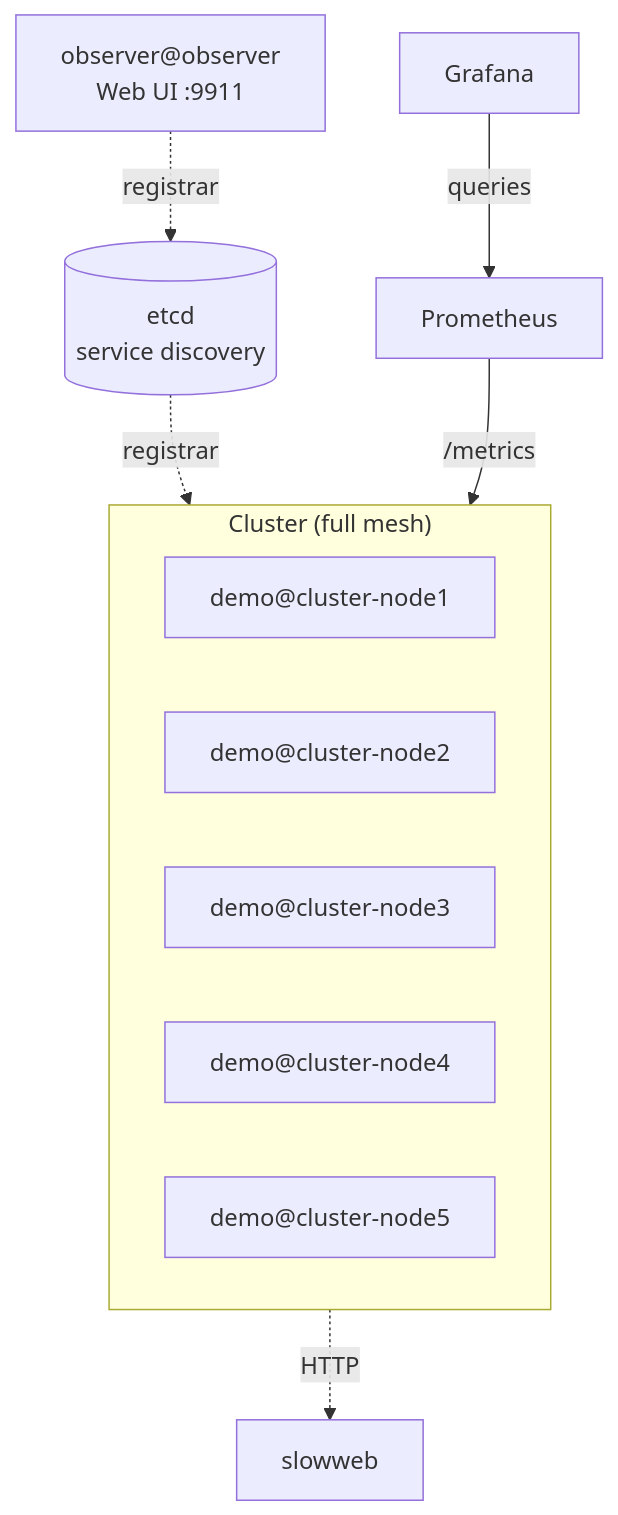
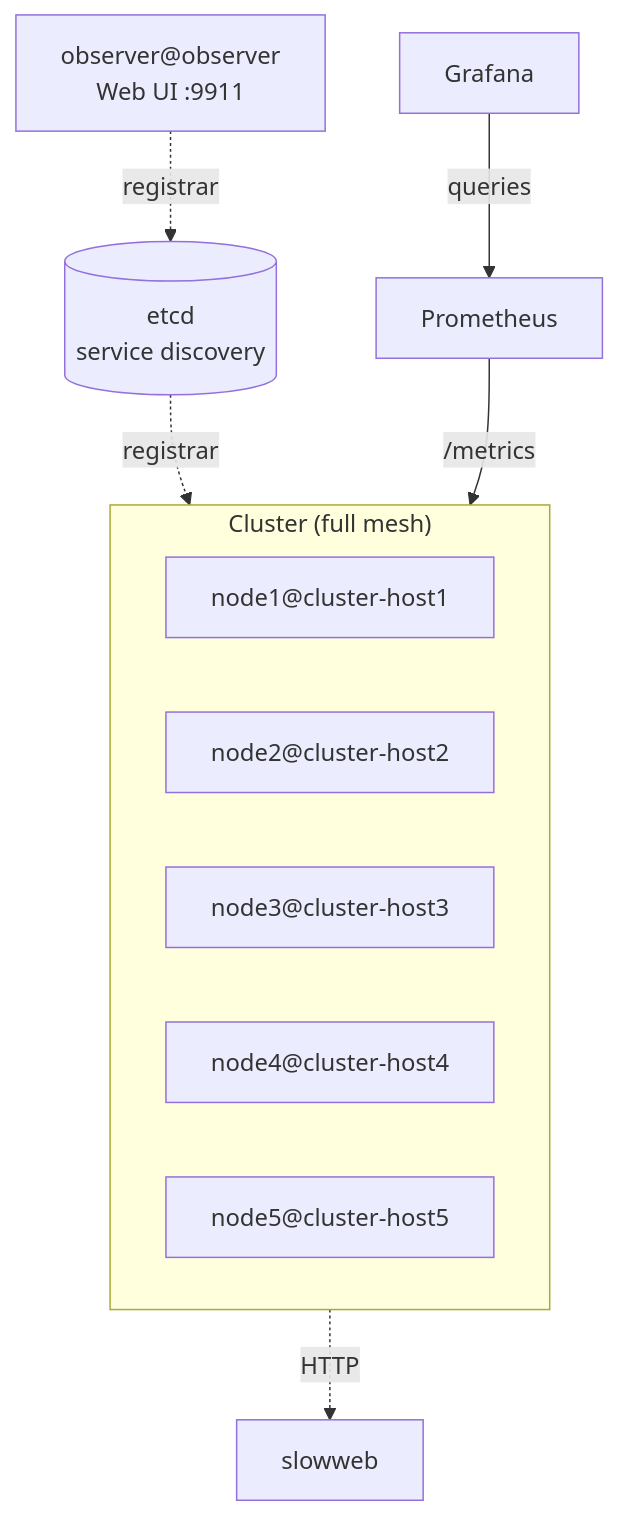
The diagram in observability/README.md (ergo-services/examples), drawn with Mermaid before and after one commit. The commit also changed other lines of this file and 8 other files, not shown here.

````diff
--- a/observability/README.md
+++ b/observability/README.md
@@ -61,20 +67,20 @@
 ```mermaid
 graph TB
     etcd[("etcd
     service discovery")]
 
     subgraph Cluster["Cluster (full mesh)"]
-        cn1["demo@cluster-node1"]
-        cn2["demo@cluster-node2"]
-        cn3["demo@cluster-node3"]
-        cn4["demo@cluster-node4"]
-        cn5["demo@cluster-node5"]
+        cn1["node1@cluster-host1"]
+        cn2["node2@cluster-host2"]
+        cn3["node3@cluster-host3"]
+        cn4["node4@cluster-host4"]
+        cn5["node5@cluster-host5"]
     end
 
     etcd -. registrar .-> Cluster
     grafana["Grafana"] -- queries --> prometheus["Prometheus"]
     prometheus -- "/metrics" --> Cluster
     Cluster -. HTTP .-> slowweb["slowweb"]
     obs["observer@observer
     Web UI :9911"] -. registrar .-> etcd
 ```
````
